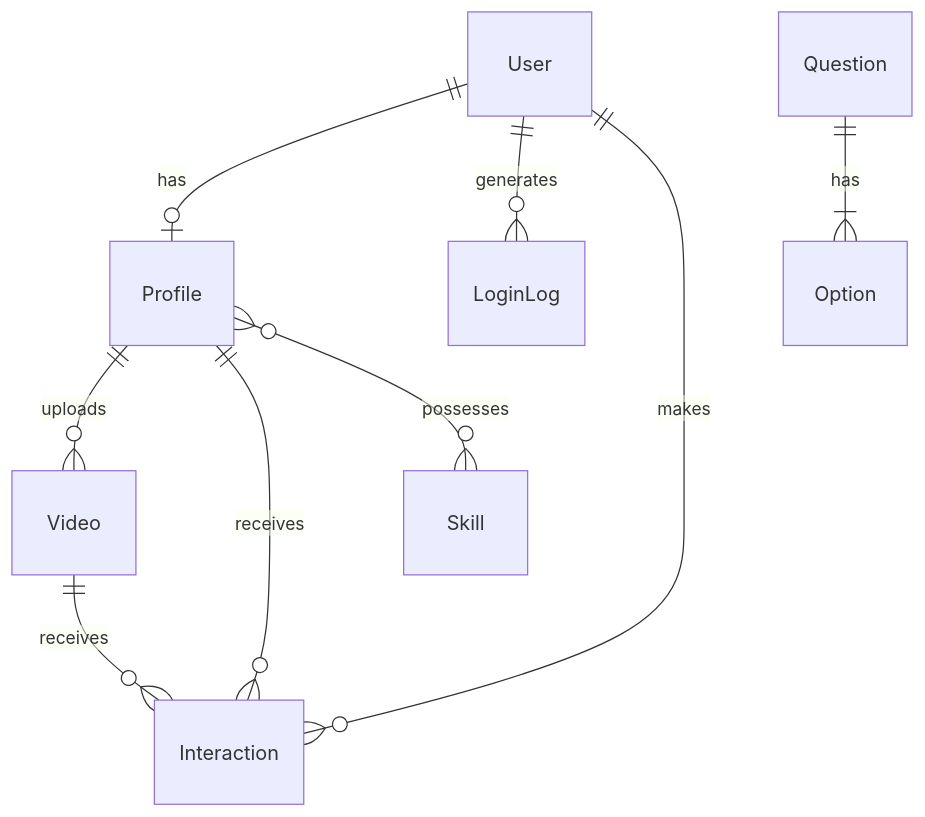
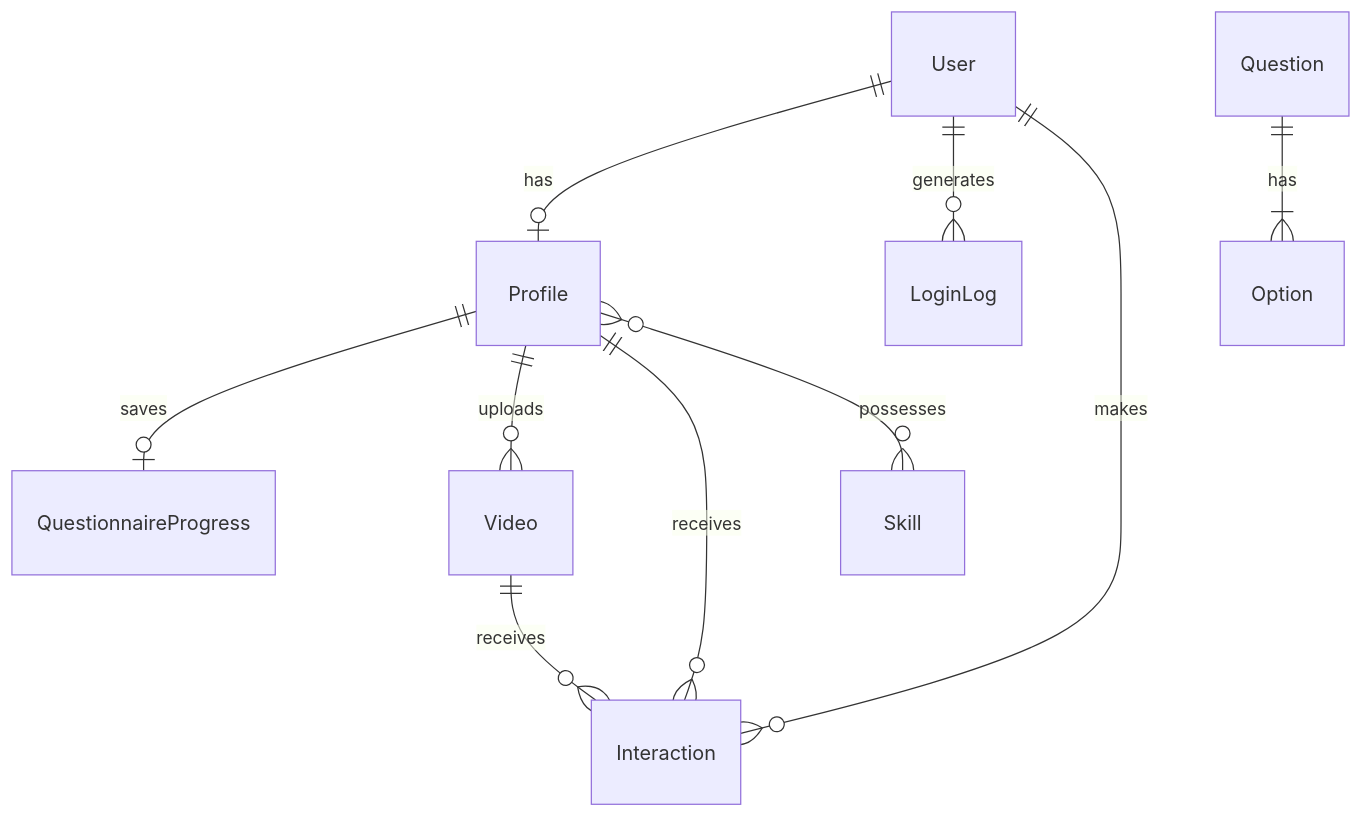
The diagram in docs/architecture.md (Nexlein/Survivor-ProfilsActifs), drawn with Mermaid before and after one commit. The commit also changed 7 other files, not shown here.

````diff
--- a/docs/architecture.md
+++ b/docs/architecture.md
@@ -19,11 +19,12 @@
 ```mermaid
 erDiagram
     User ||--o| Profile : has
     User ||--o{ LoginLog : generates
+    Profile ||--o| QuestionnaireProgress : saves
     Profile ||--o{ Video : uploads
     User ||--o{ Interaction : makes
     Profile ||--o{ Interaction : receives
     Video ||--o{ Interaction : receives
     Profile }o--o{ Skill : possesses
     Question ||--|{ Option : has
 ```
````
